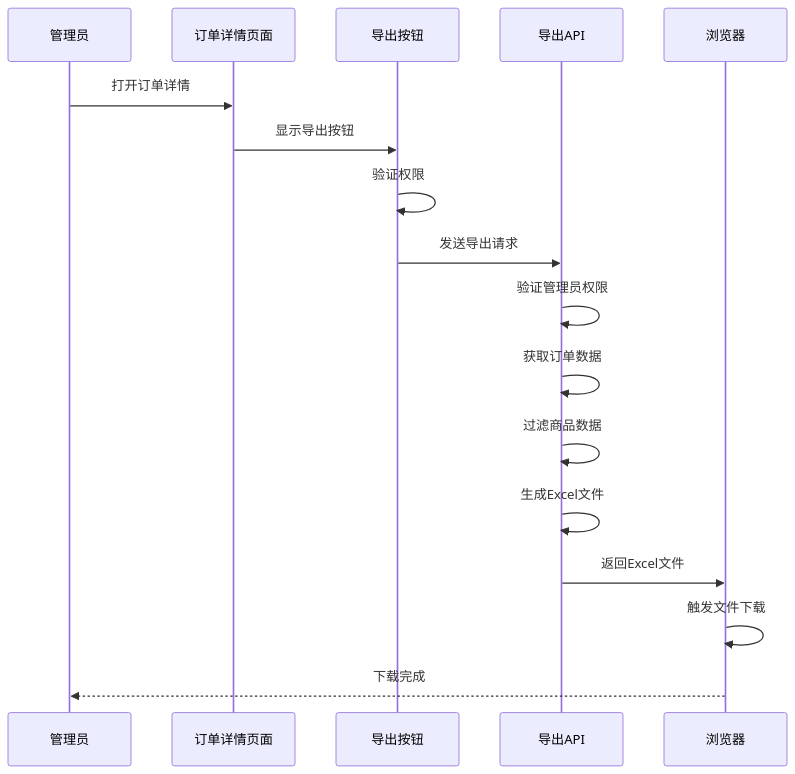
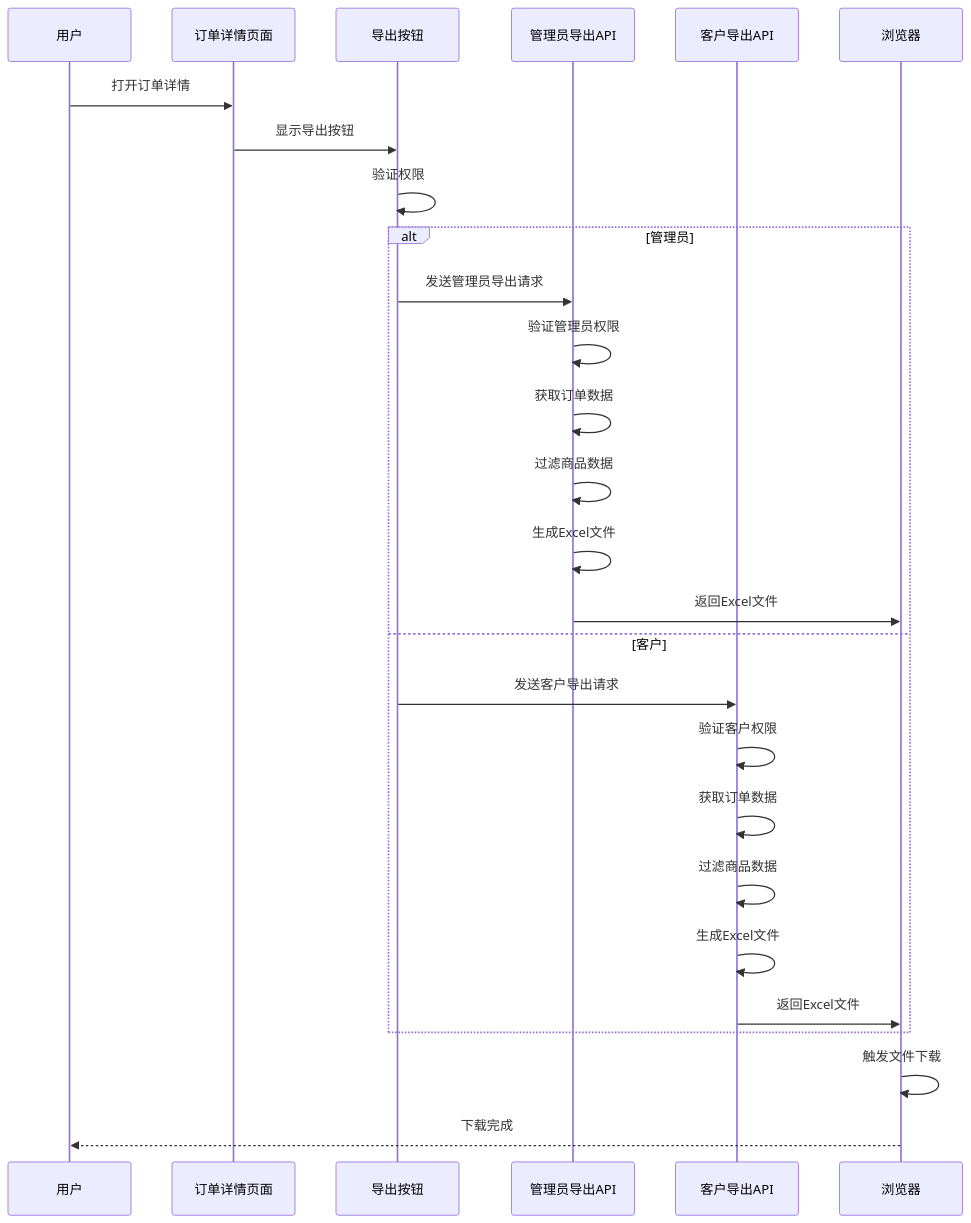
Before and after one commit to three3638-arch/celestia_2b: the ninth of 23 diagrams in .qoder/repowiki/zh/content/Excel Import System.md, drawn with Mermaid. The commit also changed other lines of this file and 2 other files, not shown here.

````diff
--- a/.qoder/repowiki/zh/content/Excel Import System.md
+++ b/.qoder/repowiki/zh/content/Excel Import System.md
@@ -580,19 +632,29 @@
 ```mermaid
 sequenceDiagram
-participant Admin as 管理员
+participant User as 用户
 participant UI as 订单详情页面
 participant ExportBtn as 导出按钮
-participant API as 导出API
+participant AdminAPI as 管理员导出API
+participant CustomerAPI as 客户导出API
 participant Browser as 浏览器
-Admin->>UI : 打开订单详情
+User->>UI : 打开订单详情
 UI->>ExportBtn : 显示导出按钮
 ExportBtn->>ExportBtn : 验证权限
-ExportBtn->>API : 发送导出请求
-API->>API : 验证管理员权限
-API->>API : 获取订单数据
-API->>API : 过滤商品数据
-API->>API : 生成Excel文件
-API->>Browser : 返回Excel文件
+alt 管理员
+ExportBtn->>AdminAPI : 发送管理员导出请求
+AdminAPI->>AdminAPI : 验证管理员权限
+AdminAPI->>AdminAPI : 获取订单数据
+AdminAPI->>AdminAPI : 过滤商品数据
+AdminAPI->>AdminAPI : 生成Excel文件
+AdminAPI->>Browser : 返回Excel文件
+else 客户
+ExportBtn->>CustomerAPI : 发送客户导出请求
+CustomerAPI->>CustomerAPI : 验证客户权限
+CustomerAPI->>CustomerAPI : 获取订单数据
+CustomerAPI->>CustomerAPI : 过滤商品数据
+CustomerAPI->>CustomerAPI : 生成Excel文件
+CustomerAPI->>Browser : 返回Excel文件
+end
 Browser->>Browser : 触发文件下载
-Browser-->>Admin : 下载完成
+Browser-->>User : 下载完成
 ```
````
